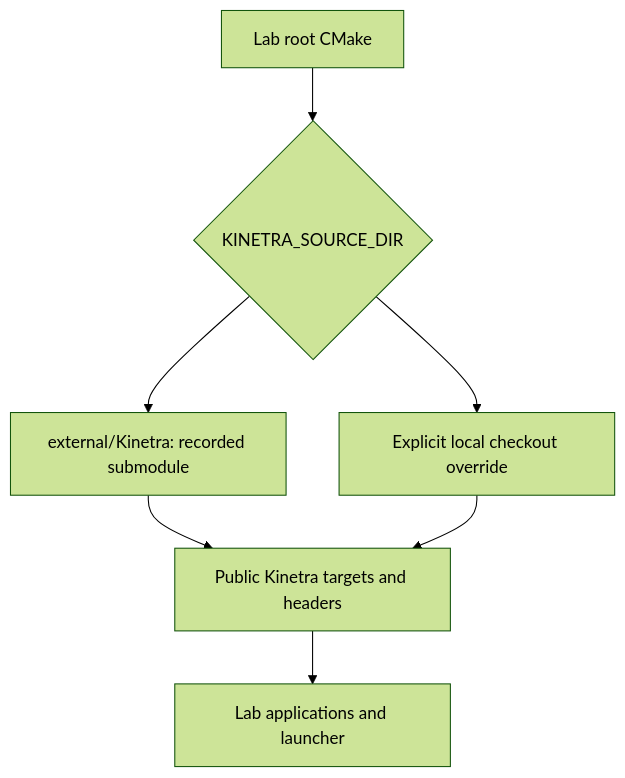
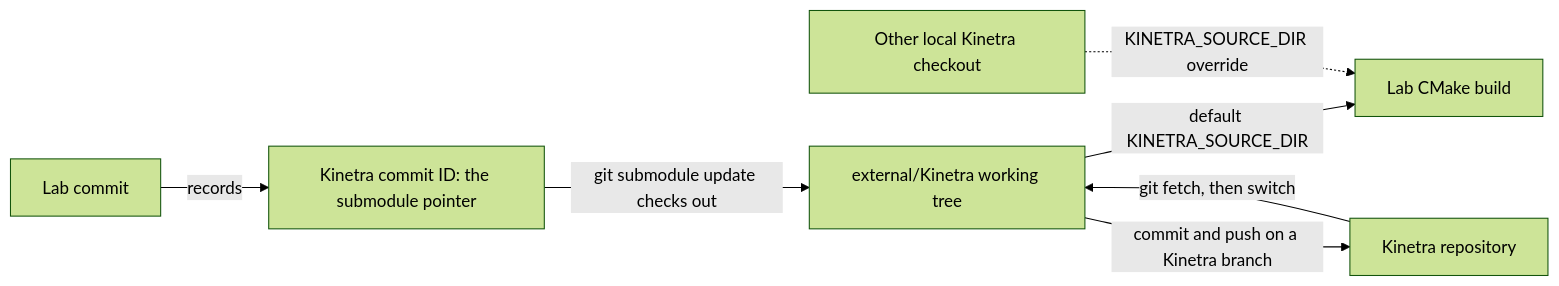
One commit to SMB-M87/Kinetra-Lab changed the diagram in external/README.md. Above: the diagram before and after it, drawn with Mermaid (forest theme). The commit also changed other lines of this file and 1 other file, not shown here.

First line of the commit message:
docs: move the submodule workflow to external/README.md

````diff
--- a/external/README.md
+++ b/external/README.md
@@ -18,9 +22,9 @@
 ```mermaid
-flowchart TD
-    Root["Lab root CMake"] --> Choice{"KINETRA_SOURCE_DIR"}
-    Choice --> Default["external/Kinetra: recorded submodule"]
-    Choice --> Override["Explicit local checkout override"]
-    Default --> Targets["Public Kinetra targets and headers"]
-    Override --> Targets
-    Targets --> Labs["Lab applications and launcher"]
+flowchart LR
+    LabCommit["Lab commit"] -->|records| Pointer["Kinetra commit ID: the submodule pointer"]
+    Pointer -->|git submodule update checks out| Checkout["external/Kinetra working tree"]
+    Checkout -->|default KINETRA_SOURCE_DIR| Build["Lab CMake build"]
+    Other["Other local Kinetra checkout"] -.->|KINETRA_SOURCE_DIR override| Build
+    Checkout -->|commit and push on a Kinetra branch| Remote["Kinetra repository"]
+    Remote -->|git fetch, then switch| Checkout
 ```
````
